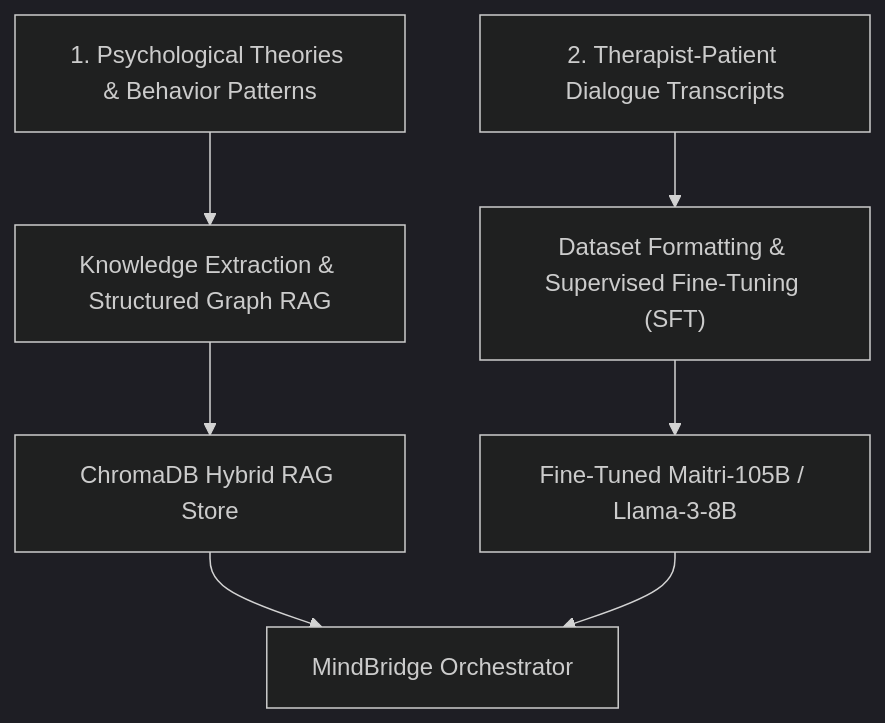
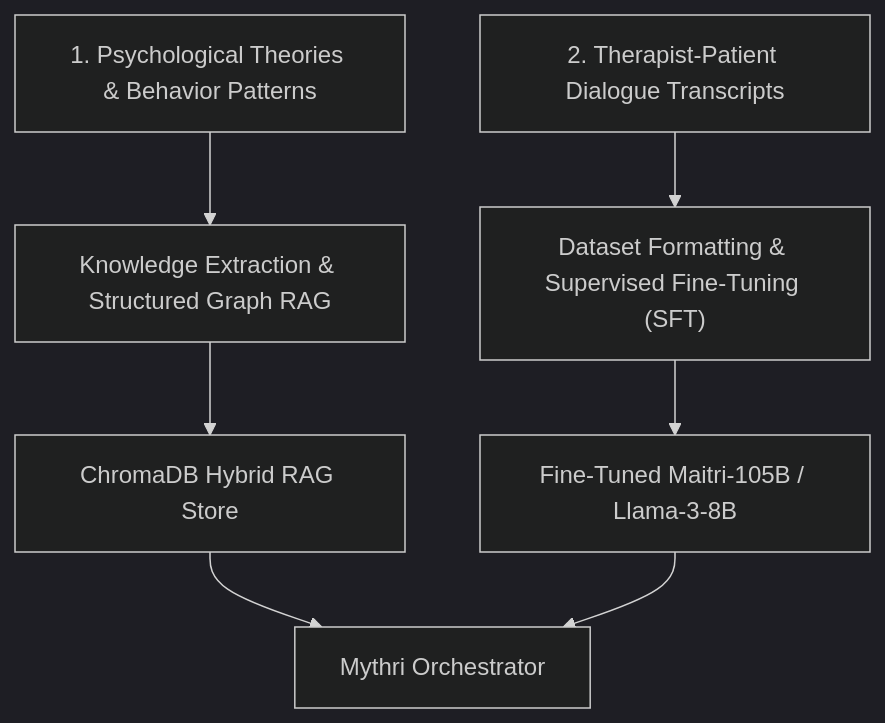
The third of 3 diagrams in implementation_plan.md (maitrihealth2/Mythri-properflow), drawn with Mermaid (dark theme) before and after one commit. The commit also changed other lines of this file and 20 other files, not shown here.

First line of the commit message:
brand: replace all MindBridge references with Affyne Labs + enforce mandatory consent gate and Non-Disclosure Agreement (NDA)

````diff
--- a/implementation_plan.md
+++ b/implementation_plan.md
@@ -155,11 +155,11 @@
 ```mermaid
 graph TD
     Sub1["1. Psychological Theories & Behavior Patterns"] --> RAG_Pipeline["Knowledge Extraction & Structured Graph RAG"]
     Sub2["2. Therapist-Patient Dialogue Transcripts"] --> SFT_Pipeline["Dataset Formatting & Supervised Fine-Tuning (SFT)"]
 
     RAG_Pipeline --> Chroma_Graph["ChromaDB Hybrid RAG Store"]
     SFT_Pipeline --> FT_Model["Fine-Tuned Maitri-105B / Llama-3-8B"]
 
-    Chroma_Graph --> Runtime["MindBridge Orchestrator"]
+    Chroma_Graph --> Runtime["Mythri Orchestrator"]
     FT_Model --> Runtime
 ```
````
